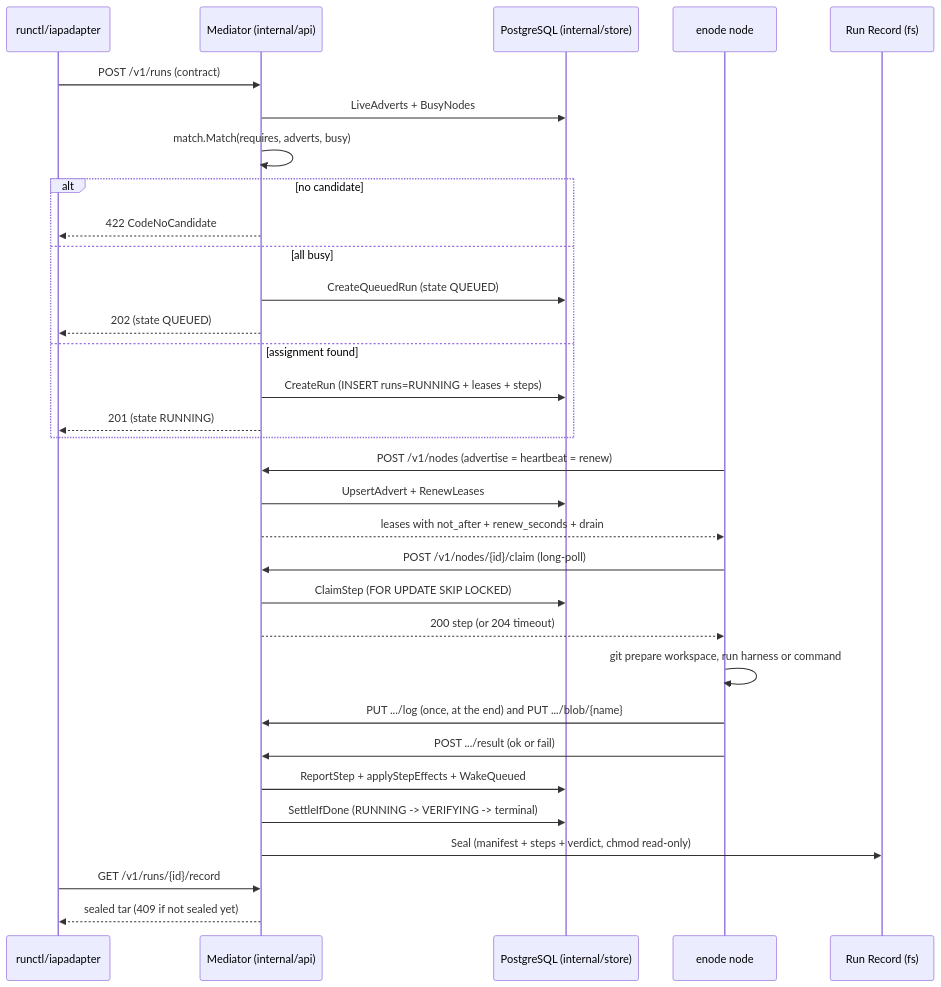
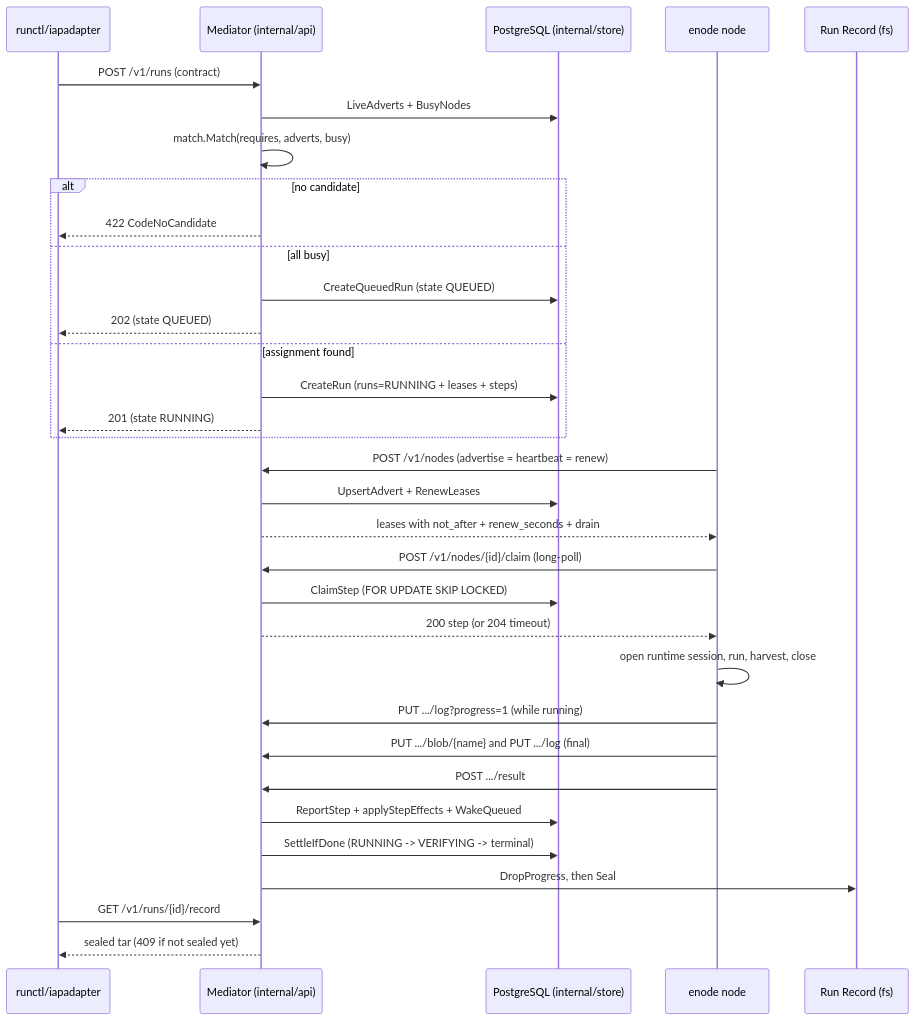
One commit to taeels/enode-fixup-project changed the second of 2 diagrams in aidlc-docs/inception/reverse-engineering/architecture.md. Above: the diagram before and after it, drawn with Mermaid. The commit also changed other lines of this file and 10 other files, not shown here.

````diff
--- a/aidlc-docs/inception/reverse-engineering/architecture.md
+++ b/aidlc-docs/inception/reverse-engineering/architecture.md
@@ -369,35 +332,36 @@
 ```mermaid
 sequenceDiagram
     participant C as runctl/iapadapter
     participant M as Mediator (internal/api)
     participant DB as PostgreSQL (internal/store)
     participant N as enode node
     participant R as Run Record (fs)
 
     C->>M: POST /v1/runs (contract)
     M->>DB: LiveAdverts + BusyNodes
     M->>M: match.Match(requires, adverts, busy)
     alt no candidate
         M-->>C: 422 CodeNoCandidate
     else all busy
         M->>DB: CreateQueuedRun (state QUEUED)
         M-->>C: 202 (state QUEUED)
     else assignment found
-        M->>DB: CreateRun (INSERT runs=RUNNING + leases + steps)
+        M->>DB: CreateRun (runs=RUNNING + leases + steps)
         M-->>C: 201 (state RUNNING)
     end
     N->>M: POST /v1/nodes (advertise = heartbeat = renew)
     M->>DB: UpsertAdvert + RenewLeases
     M-->>N: leases with not_after + renew_seconds + drain
     N->>M: POST /v1/nodes/{id}/claim (long-poll)
     M->>DB: ClaimStep (FOR UPDATE SKIP LOCKED)
     M-->>N: 200 step (or 204 timeout)
-    N->>N: git prepare workspace, run harness or command
-    N->>M: PUT .../log (once, at the end) and PUT .../blob/{name}
-    N->>M: POST .../result (ok or fail)
+    N->>N: open runtime session, run, harvest, close
+    N->>M: PUT .../log?progress=1 (while running)
+    N->>M: PUT .../blob/{name} and PUT .../log (final)
+    N->>M: POST .../result
     M->>DB: ReportStep + applyStepEffects + WakeQueued
     M->>DB: SettleIfDone (RUNNING -> VERIFYING -> terminal)
-    M->>R: Seal (manifest + steps + verdict, chmod read-only)
+    M->>R: DropProgress, then Seal
     C->>M: GET /v1/runs/{id}/record
     M-->>C: sealed tar (409 if not sealed yet)
 ```
````
